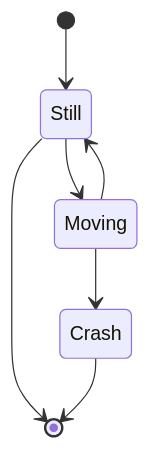
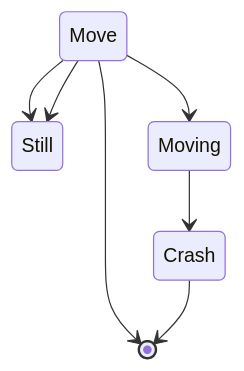
The diagram in README.md (Mpouel/GAN), drawn with Mermaid before and after one commit.

````diff
--- a/README.md
+++ b/README.md
@@ -21,9 +21,9 @@
 ```mermaid
 stateDiagram-v2
-    [*] --> Still
-    Still --> [*]
-    Still --> Moving
-    Moving --> Still
+    Move --> Still
+    Move --> [*]
+    Move --> Moving
+    Move --> Still
     Moving --> Crash
     Crash --> [*]
 ```
````
